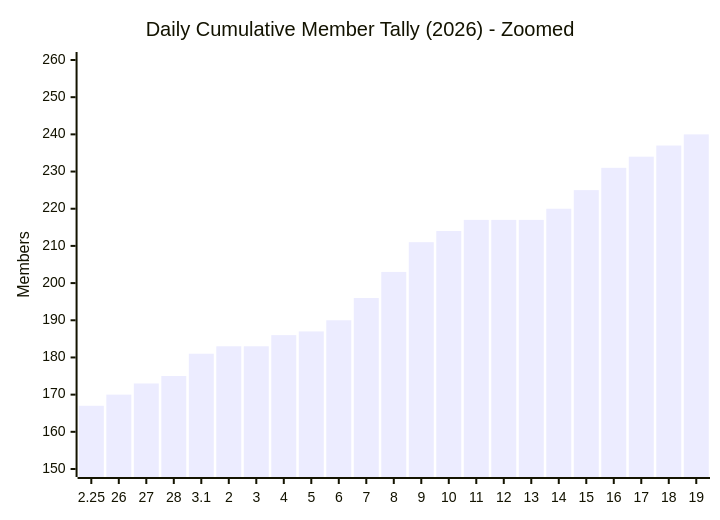
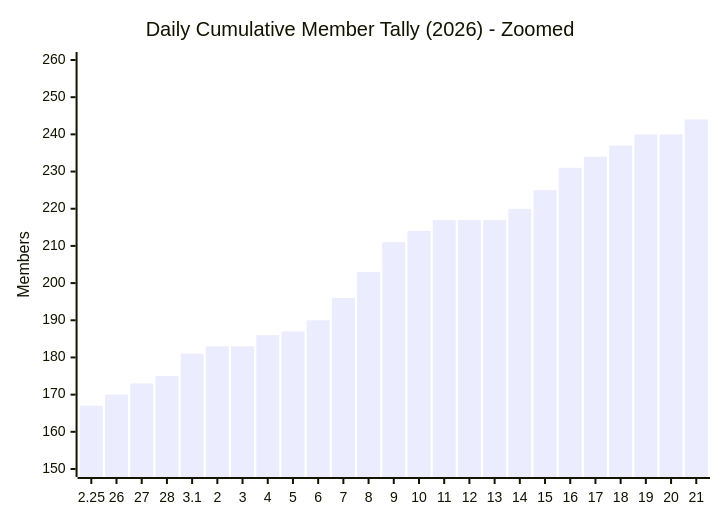
Before and after one commit to MattSherwood/March-web: the second of 3 diagrams in exports/charts/daily-cumulative-member-tally-2026.md, drawn with Mermaid. The commit also changed other lines of this file and 4 other files, not shown here.

````diff
--- a/exports/charts/daily-cumulative-member-tally-2026.md
+++ b/exports/charts/daily-cumulative-member-tally-2026.md
@@ -15,7 +15,7 @@
 ```mermaid
 xychart-beta
     title "Daily Cumulative Member Tally (2026) - Zoomed"
-    x-axis ["2.25", "26", "27", "28", "3.1", "2", "3", "4", "5", "6", "7", "8", "9", "10", "11", "12", "13", "14", "15", "16", "17", "18", "19"]
+    x-axis ["2.25", "26", "27", "28", "3.1", "2", "3", "4", "5", "6", "7", "8", "9", "10", "11", "12", "13", "14", "15", "16", "17", "18", "19", "20", "21"]
     y-axis "Members" 150 --> 260
-    bar [167, 170, 173, 175, 181, 183, 183, 186, 187, 190, 196, 203, 211, 214, 217, 217, 217, 220, 225, 231, 234, 237, 240]
+    bar [167, 170, 173, 175, 181, 183, 183, 186, 187, 190, 196, 203, 211, 214, 217, 217, 217, 220, 225, 231, 234, 237, 240, 240, 244]
 ```
````
